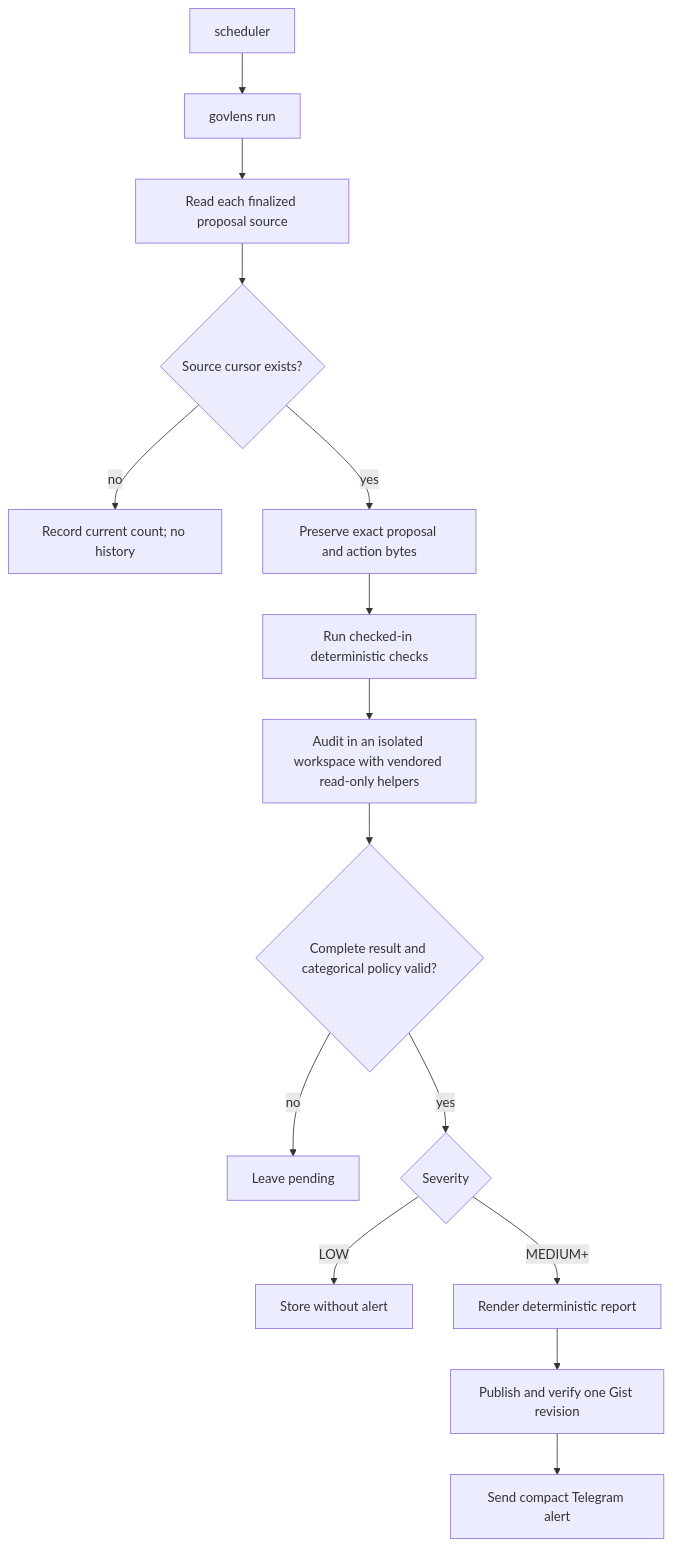
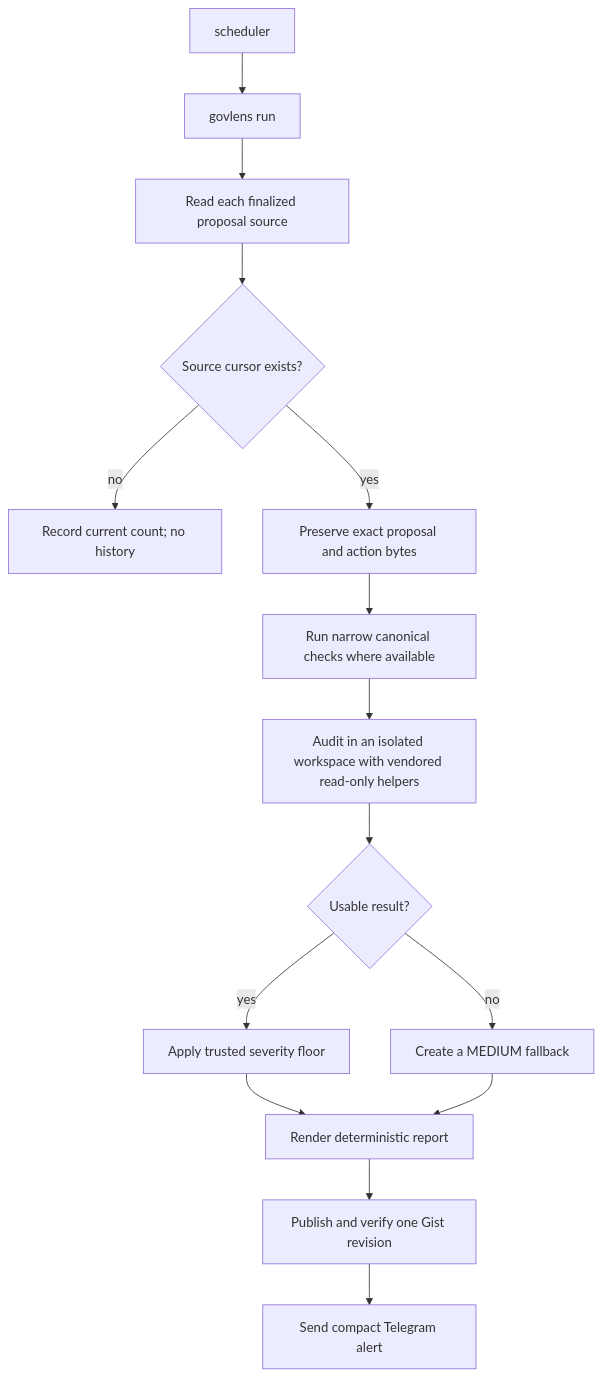
Before and after one commit to wavey0x/govlens: the diagram in SPEC.md, drawn with Mermaid. The commit also changed other lines of this file and 14 other files, not shown here.

````diff
--- a/SPEC.md
+++ b/SPEC.md
@@ -12,17 +13,17 @@
 ```mermaid
 flowchart TD
     Timer["scheduler"] --> Run["govlens run"]
     Run --> Sources["Read each finalized proposal source"]
     Sources --> First{"Source cursor exists?"}
     First -->|no| Init["Record current count; no history"]
     First -->|yes| Normalize["Preserve exact proposal and action bytes"]
-    Normalize --> Checks["Run checked-in deterministic checks"]
+    Normalize --> Checks["Run narrow canonical checks where available"]
     Checks --> Codex["Audit in an isolated workspace with vendored read-only helpers"]
-    Codex --> Validate{"Complete result and categorical policy valid?"}
-    Validate -->|no| Pending["Leave pending"]
-    Validate -->|yes| Risk{"Severity"}
-    Risk -->|LOW| Stored["Store without alert"]
-    Risk -->|MEDIUM+| Report["Render deterministic report"]
+    Codex --> Validate{"Usable result?"}
+    Validate -->|yes| Floor["Apply trusted severity floor"]
+    Validate -->|no| Fallback["Create a MEDIUM fallback"]
+    Floor --> Report["Render deterministic report"]
+    Fallback --> Report
     Report --> Gist["Publish and verify one Gist revision"]
     Gist --> Telegram["Send compact Telegram alert"]
 ```
````
